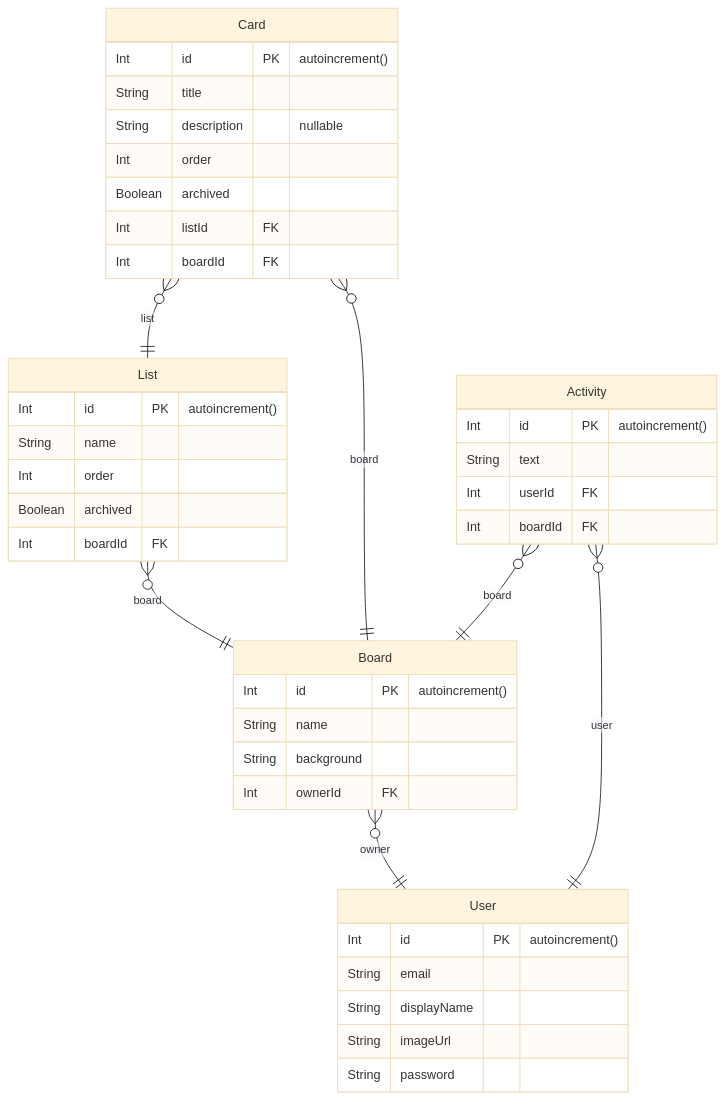
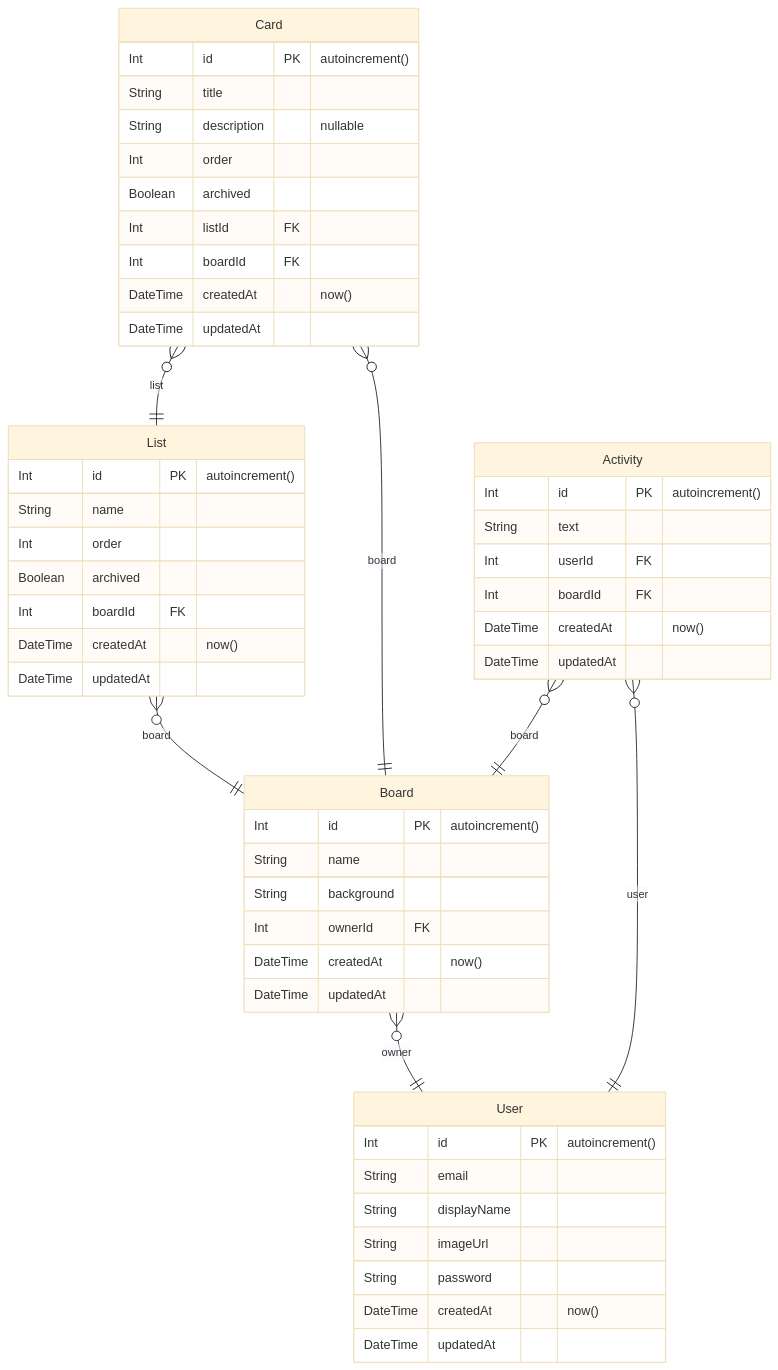
The diagram in backend/prisma/ERD.md (boraneak/to-do-list), drawn with Mermaid (base theme) before and after one commit. The commit also changed 3 other files, not shown here.

Commit message:
update db schema

````diff
--- a/backend/prisma/ERD.md
+++ b/backend/prisma/ERD.md
@@ -1,45 +1,55 @@
 ```mermaid
 erDiagram
 	User {
 		Int id PK  "autoincrement()"
 		String email
 		String displayName
 		String imageUrl
 		String password
+		DateTime createdAt  "now()"
+		DateTime updatedAt
 	}
 	Board {
 		Int id PK  "autoincrement()"
 		String name
 		String background
 		Int ownerId FK
+		DateTime createdAt  "now()"
+		DateTime updatedAt
 	}
 	List {
 		Int id PK  "autoincrement()"
 		String name
 		Int order
 		Boolean archived
 		Int boardId FK
+		DateTime createdAt  "now()"
+		DateTime updatedAt
 	}
 	Card {
 		Int id PK  "autoincrement()"
 		String title
 		String description  "nullable"
 		Int order
 		Boolean archived
 		Int listId FK
 		Int boardId FK
+		DateTime createdAt  "now()"
+		DateTime updatedAt
 	}
 	Activity {
 		Int id PK  "autoincrement()"
 		String text
 		Int userId FK
 		Int boardId FK
+		DateTime createdAt  "now()"
+		DateTime updatedAt
 	}
 	Board }o--|| User : owner
 	List }o--|| Board : board
 	Card }o--|| List : list
 	Card }o--|| Board : board
 	Activity }o--|| User : user
 	Activity }o--|| Board : board
 
 ```
````
